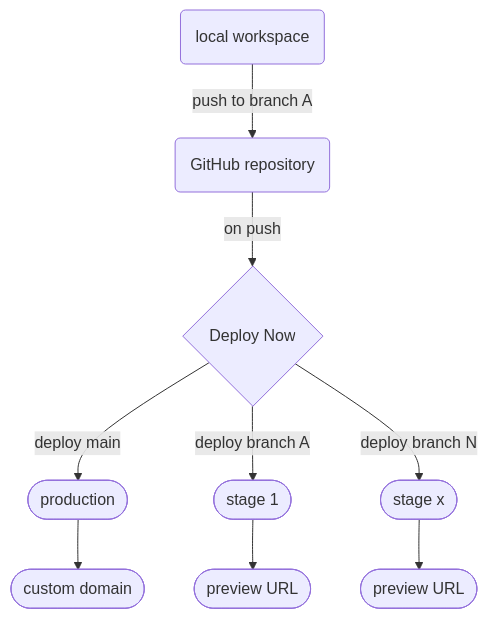
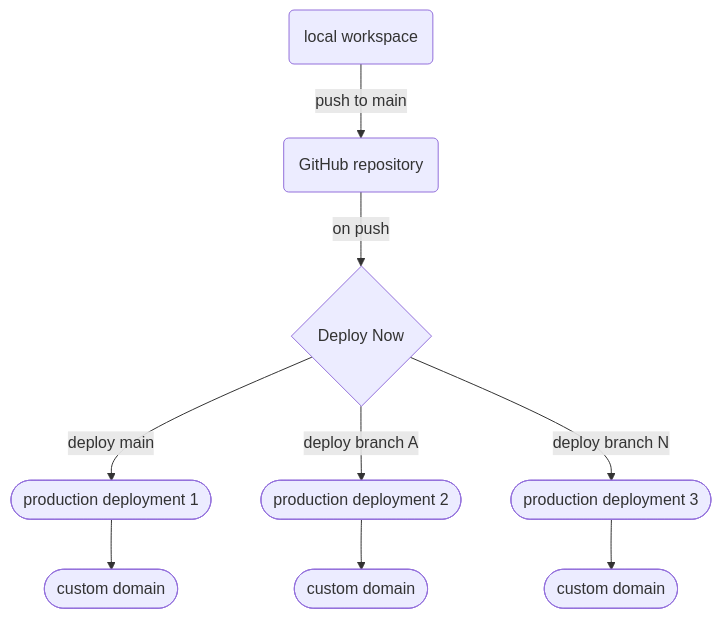
The diagram in content/docs/multi-deployments.md (ionos-deploy-now/documentation), drawn with Mermaid before and after one commit. The commit also changed other lines of this file, not shown here.

```diff
--- a/content/docs/multi-deployments.md
+++ b/content/docs/multi-deployments.md
@@ -17,11 +19,11 @@
 ~~~mermaid
 graph TD
-    A(local workspace):::active -->|push to branch A| B(GitHub repository):::active
+    A(local workspace):::active -->|push to main| B(GitHub repository):::active
     B -->|on push| C{Deploy Now}:::active
-    C -->|deploy main| D([production]):::inactive
-    C -->|deploy branch A| E([stage 1]):::active
-    C -->|deploy branch N| F([stage x]):::inactive
-    D --> D1([custom domain])
-    E --> E1([preview URL]):::active
-    F --> F1([preview URL])
+    C -->|deploy main| D([production deployment 1]):::active
+    C -->|deploy branch A| E([production deployment 2]):::active
+    C -->|deploy branch N| F([production deployment 3]):::active
+    D --> D1([custom domain]):::active
+    E --> E1([custom domain]):::active
+    F --> F1([custom domain]):::active
 ~~~
```
